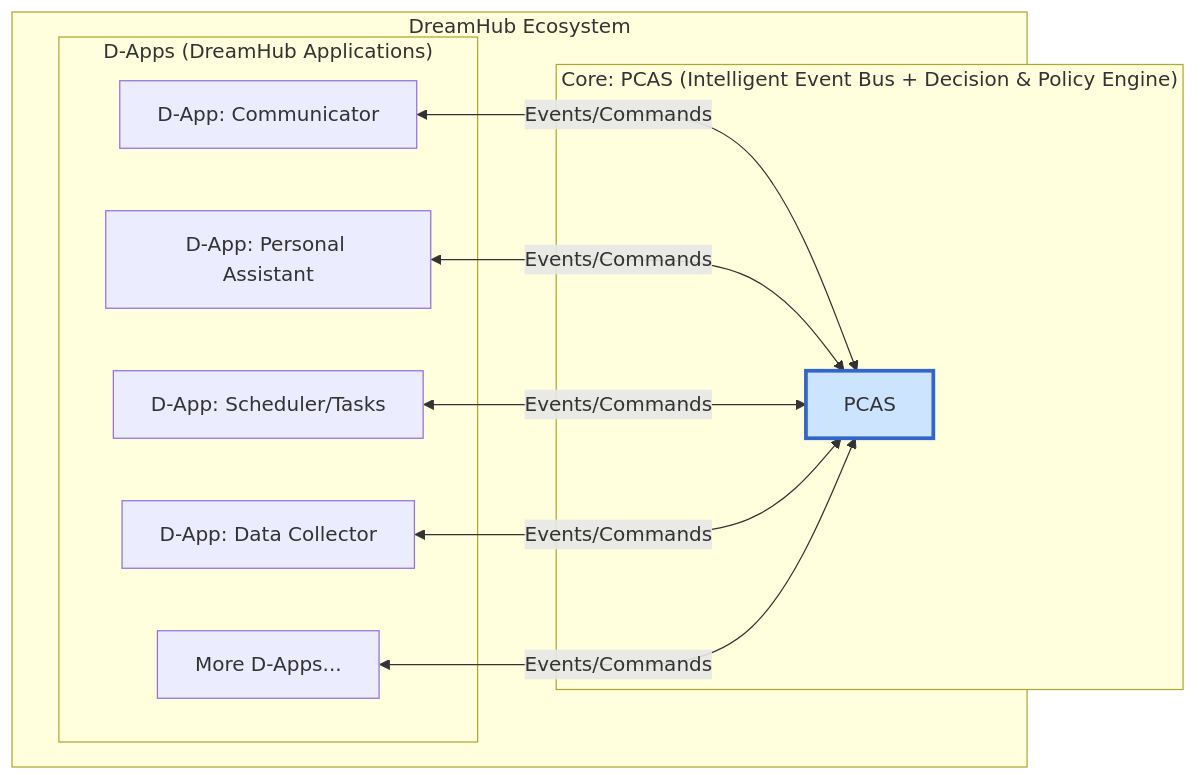
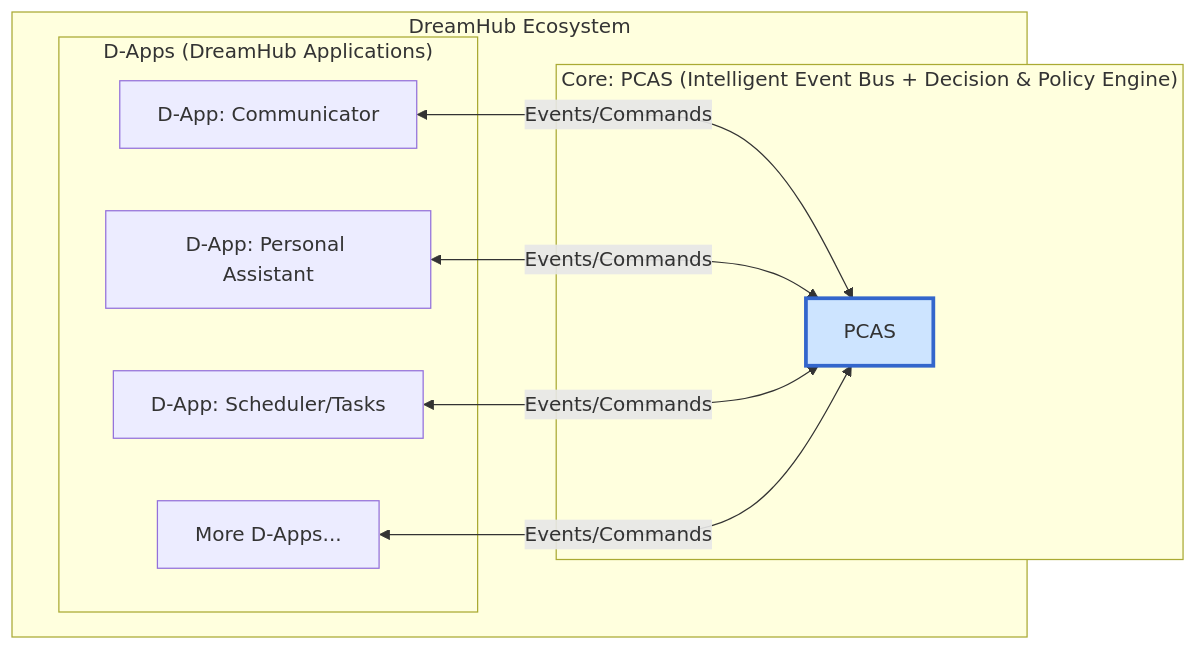
Before and after one commit to soaringjerry/DreamHub: the diagram in README.md, drawn with Mermaid. The commit also changed other lines of this file and 3 other files, not shown here.

````diff
--- a/README.md
+++ b/README.md
@@ -35,27 +33,25 @@
 ```mermaid
 graph TD
     subgraph "DreamHub Ecosystem"
         direction LR
         
         subgraph "Core: PCAS (Intelligent Event Bus + Decision & Policy Engine)"
             PCAS_Core[PCAS]
         end
 
         subgraph "D-Apps (DreamHub Applications)"
             DApp1[D-App: Communicator]
             DApp2[D-App: Personal Assistant]
             DApp3[D-App: Scheduler/Tasks]
-            DApp4[D-App: Data Collector]
             DAppN[More D-Apps...]
         end
     end
 
     %% Communication Flow
     DApp1 <--> |Events/Commands| PCAS_Core
     DApp2 <--> |Events/Commands| PCAS_Core
     DApp3 <--> |Events/Commands| PCAS_Core
-    DApp4 <--> |Events/Commands| PCAS_Core
     DAppN <--> |Events/Commands| PCAS_Core
 
     style PCAS_Core fill:#cde4ff,stroke:#36c,stroke-width:3px
 ```
````
